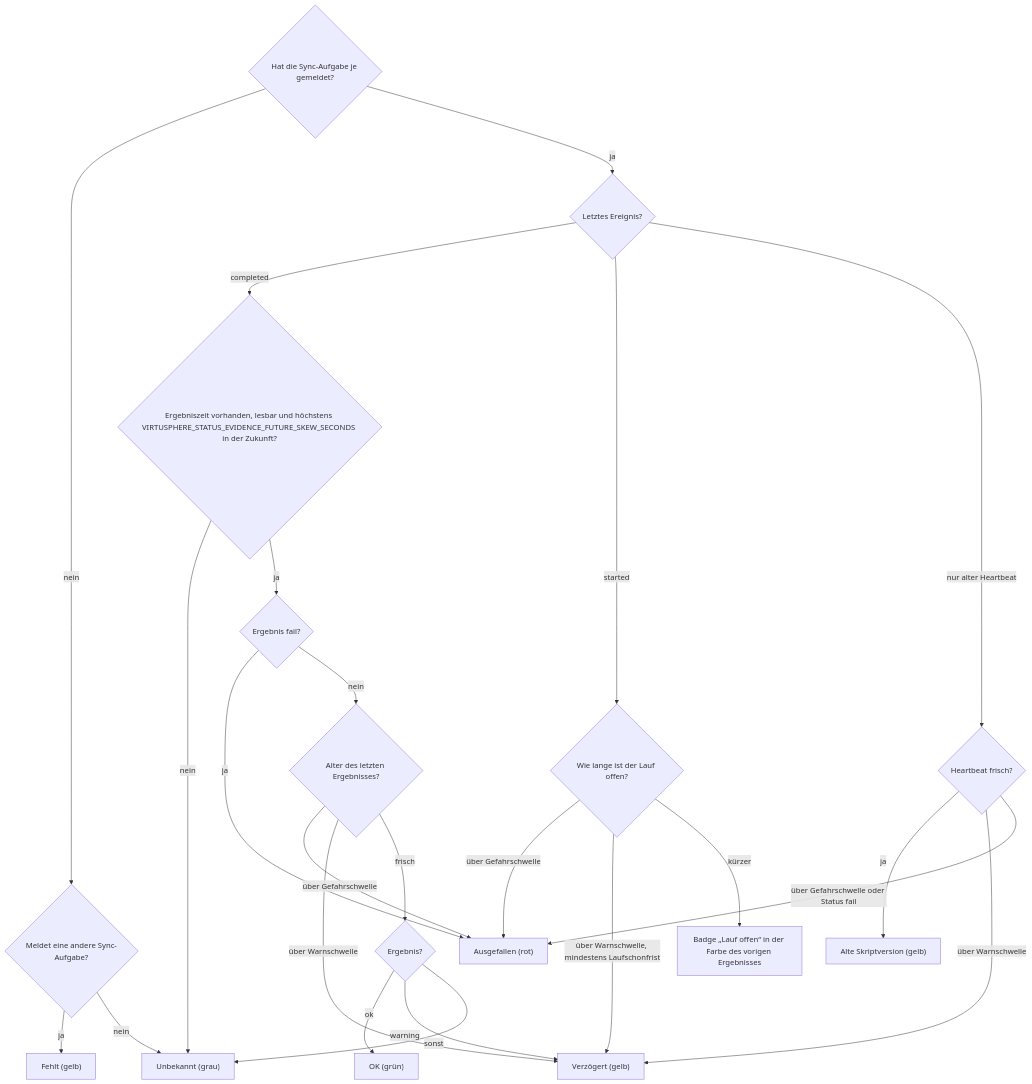
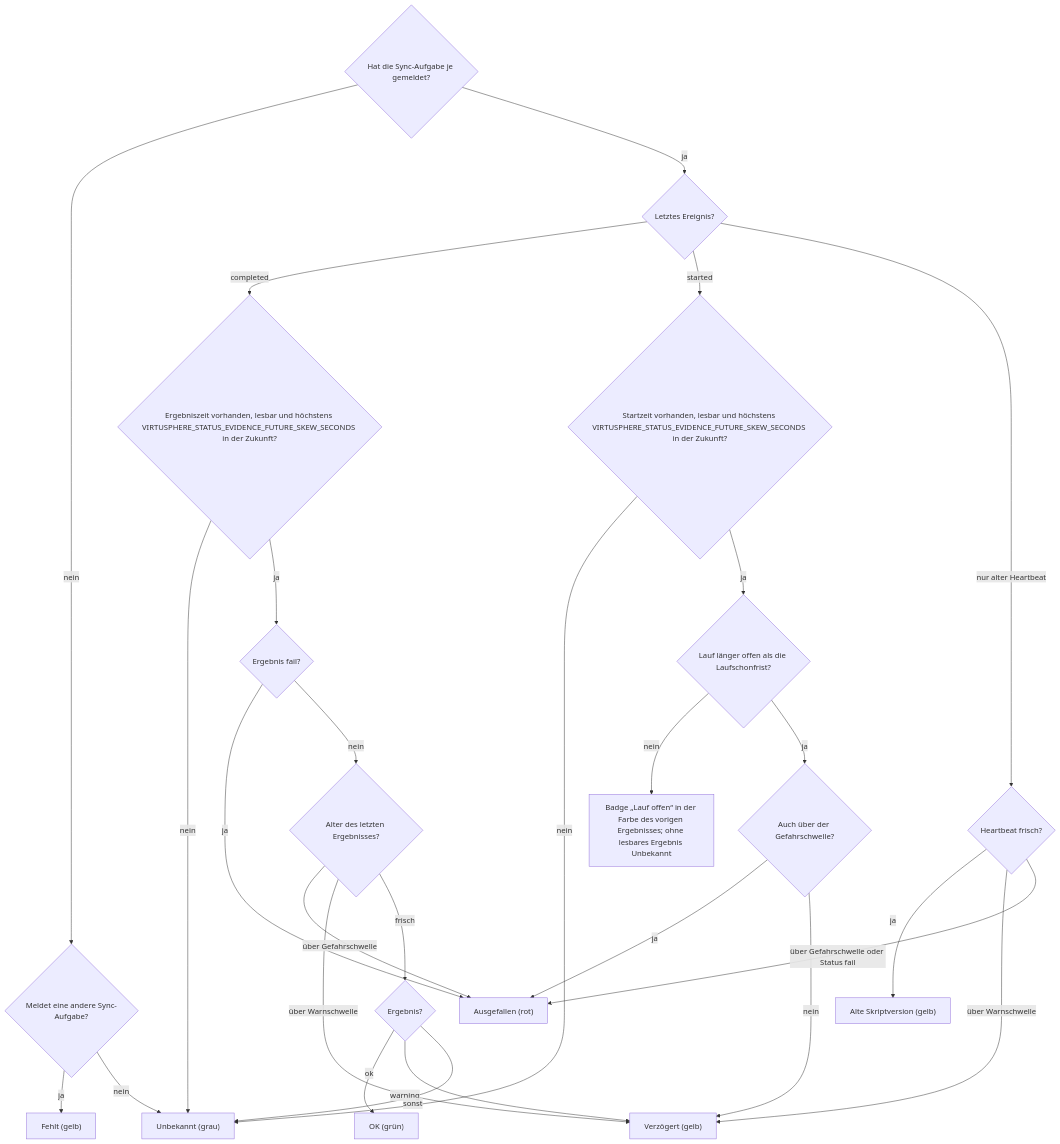
Before and after one commit to Samy94M/VirtuSphere-v2-WebApp: the second of 8 diagrams in docs/operations/system-status-checks.md, drawn with Mermaid. The commit also changed other lines of this file and 6 other files, not shown here.

````diff
--- a/docs/operations/system-status-checks.md
+++ b/docs/operations/system-status-checks.md
@@ -57,26 +57,29 @@
 ```mermaid
 flowchart TD
   A{"Hat die Sync-Aufgabe je gemeldet?"} -->|nein| A1{"Meldet eine andere Sync-Aufgabe?"}
   A1 -->|ja| MI["Fehlt (gelb)"]
   A1 -->|nein| UK["Unbekannt (grau)"]
   A -->|ja| L{"Letztes Ereignis?"}
   L -->|completed| CT{"Ergebniszeit vorhanden, lesbar und höchstens VIRTUSPHERE_STATUS_EVIDENCE_FUTURE_SKEW_SECONDS in der Zukunft?"}
   CT -->|nein| UK
   CT -->|ja| CP{"Ergebnis fail?"}
   CP -->|ja| RD["Ausgefallen (rot)"]
   CP -->|nein| CA{"Alter des letzten Ergebnisses?"}
   CA -->|über Gefahrschwelle| RD
   CA -->|über Warnschwelle| YL["Verzögert (gelb)"]
   CA -->|frisch| CO{"Ergebnis?"}
   CO -->|ok| GR["OK (grün)"]
   CO -->|warning| YL
   CO -->|sonst| UK
-  L -->|started| ST{"Wie lange ist der Lauf offen?"}
-  ST -->|über Gefahrschwelle| RD
-  ST -->|über Warnschwelle, mindestens Laufschonfrist| YL
-  ST -->|kürzer| SR["Badge „Lauf offen“ in der Farbe des vorigen Ergebnisses"]
+  L -->|started| SZ{"Startzeit vorhanden, lesbar und höchstens VIRTUSPHERE_STATUS_EVIDENCE_FUTURE_SKEW_SECONDS in der Zukunft?"}
+  SZ -->|nein| UK
+  SZ -->|ja| ST{"Lauf länger offen als die Laufschonfrist?"}
+  ST -->|nein| SR["Badge „Lauf offen“ in der Farbe des vorigen Ergebnisses; ohne lesbares Ergebnis Unbekannt"]
+  ST -->|ja| SD{"Auch über der Gefahrschwelle?"}
+  SD -->|ja| RD
+  SD -->|nein| YL
   L -->|nur alter Heartbeat| LG{"Heartbeat frisch?"}
   LG -->|ja| LE["Alte Skriptversion (gelb)"]
   LG -->|über Warnschwelle| YL
   LG -->|über Gefahrschwelle oder Status fail| RD
 ```
````
